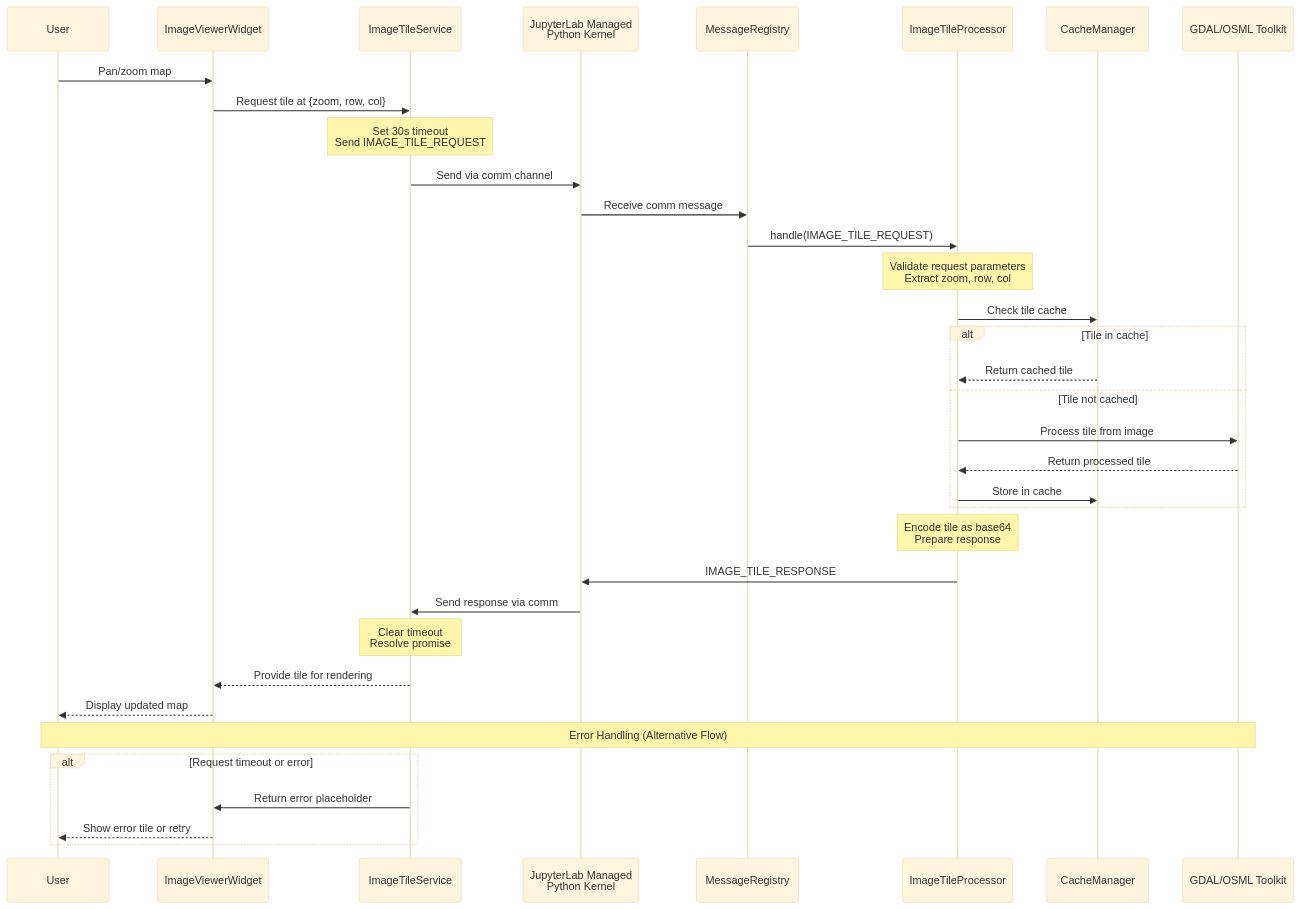
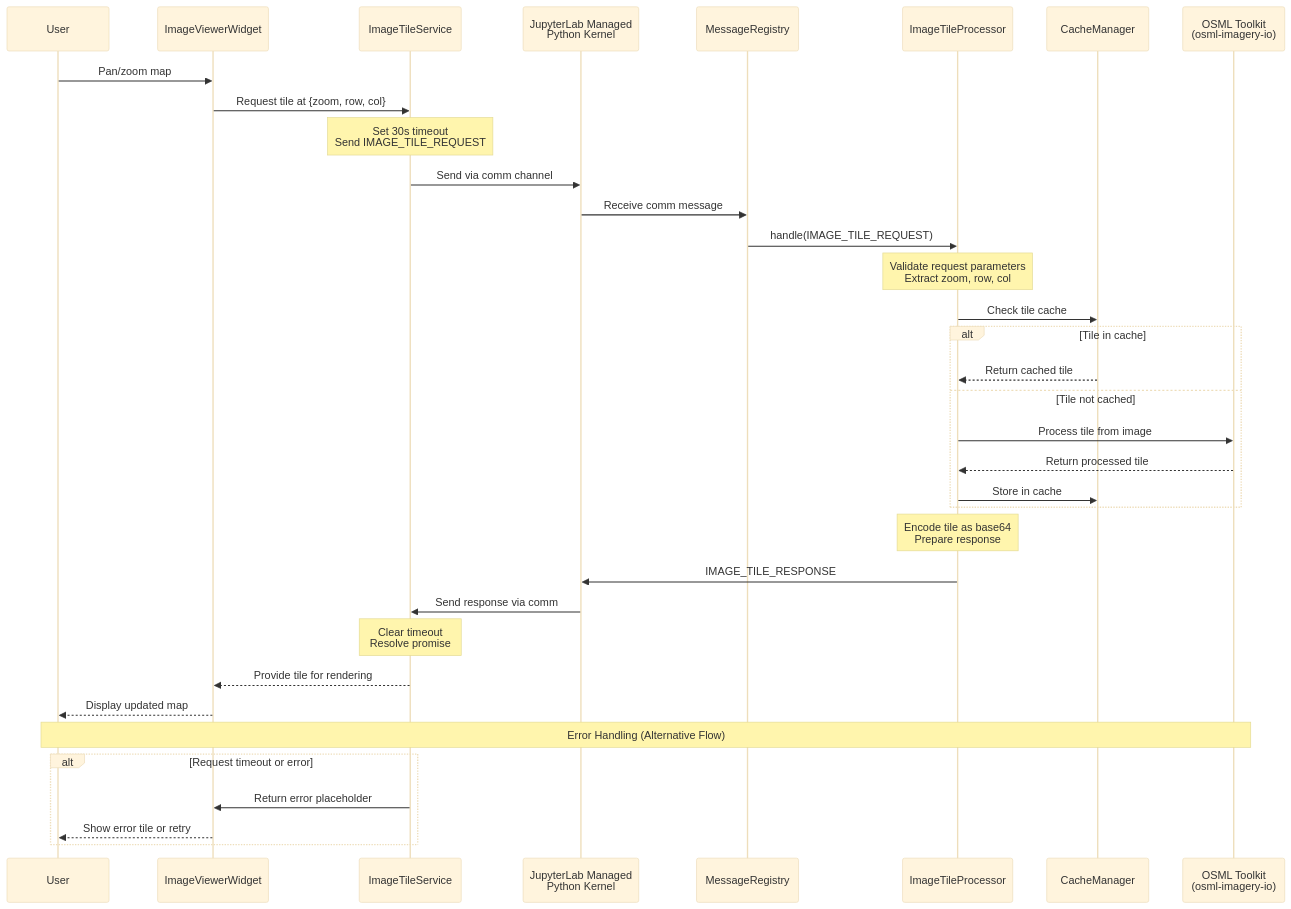
Before and after one commit to awslabs/osml-jupyter-extension: the third of 3 diagrams in docs/ARCHITECTURE_OVERVIEW.md, drawn with Mermaid (base theme). The commit also changed other lines of this file and 76 other files, not shown here.

Commit message:
feat!: rewrite to use toolkit v2 and osml-imagery-io

````diff
--- a/docs/ARCHITECTURE_OVERVIEW.md
+++ b/docs/ARCHITECTURE_OVERVIEW.md
@@ -121,46 +227,46 @@
 ```mermaid
 sequenceDiagram
     participant User
     participant ImageViewerWidget
     participant ImageTileService
     participant Kernel as JupyterLab Managed<br/>Python Kernel
     participant MessageRegistry
     participant TileProcessor as ImageTileProcessor
     participant Cache as CacheManager
-    participant GDAL as GDAL/OSML Toolkit
+    participant Toolkit as OSML Toolkit<br/>(osml-imagery-io)
 
     User->>ImageViewerWidget: Pan/zoom map
     ImageViewerWidget->>ImageTileService: Request tile at {zoom, row, col}
 
     Note over ImageTileService: Set 30s timeout<br/>Send IMAGE_TILE_REQUEST
     ImageTileService->>Kernel: Send via comm channel
 
     Kernel->>MessageRegistry: Receive comm message
     MessageRegistry->>TileProcessor: handle(IMAGE_TILE_REQUEST)
 
     Note over TileProcessor: Validate request parameters<br/>Extract zoom, row, col
 
     TileProcessor->>Cache: Check tile cache
     alt Tile in cache
         Cache-->>TileProcessor: Return cached tile
     else Tile not cached
-        TileProcessor->>GDAL: Process tile from image
-        GDAL-->>TileProcessor: Return processed tile
+        TileProcessor->>Toolkit: Process tile from image
+        Toolkit-->>TileProcessor: Return processed tile
         TileProcessor->>Cache: Store in cache
     end
 
     Note over TileProcessor: Encode tile as base64<br/>Prepare response
 
     TileProcessor->>Kernel: IMAGE_TILE_RESPONSE
     Kernel->>ImageTileService: Send response via comm
 
     Note over ImageTileService: Clear timeout<br/>Resolve promise
     ImageTileService-->>ImageViewerWidget: Provide tile for rendering
     ImageViewerWidget-->>User: Display updated map
 
-    Note over User,GDAL: Error Handling (Alternative Flow)
+    Note over User,Toolkit: Error Handling (Alternative Flow)
     alt Request timeout or error
         ImageTileService->>ImageViewerWidget: Return error placeholder
         ImageViewerWidget-->>User: Show error tile or retry
     end
 ```
````
